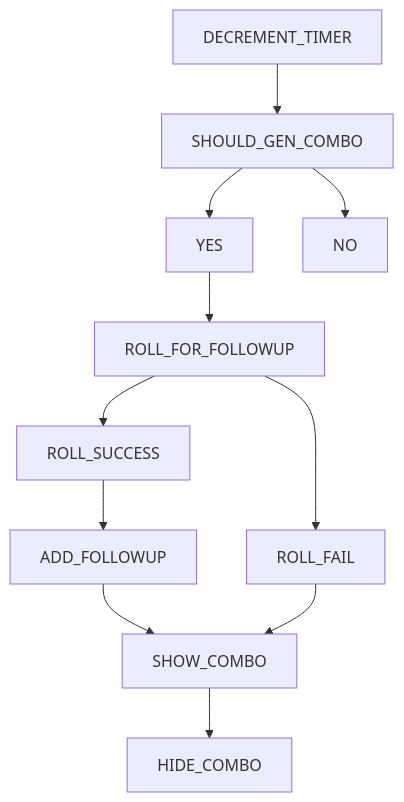
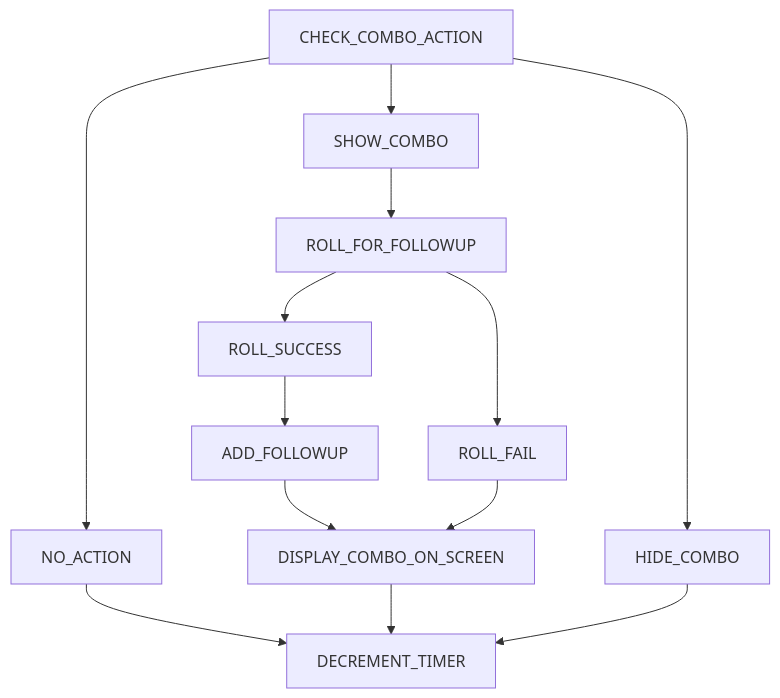
Before and after one commit to ajkizer12112/combo-coach: the fourth of 4 diagrams in README.md, drawn with Mermaid. The commit also changed other lines of this file, not shown here.

````diff
--- a/README.md
+++ b/README.md
@@ -214,13 +218,15 @@
 ```mermaid
 graph TD;
-    DECREMENT_TIMER-->SHOULD_GEN_COMBO;
-    SHOULD_GEN_COMBO-->YES;
-    SHOULD_GEN_COMBO-->NO;
-    YES-->ROLL_FOR_FOLLOWUP;
+    CHECK_COMBO_ACTION-->HIDE_COMBO;
+    CHECK_COMBO_ACTION-->SHOW_COMBO;
+    CHECK_COMBO_ACTION-->NO_ACTION;
+    NO_ACTION-->DECREMENT_TIMER;
+    SHOW_COMBO-->ROLL_FOR_FOLLOWUP;
     ROLL_FOR_FOLLOWUP-->ROLL_SUCCESS;
     ROLL_FOR_FOLLOWUP-->ROLL_FAIL;
     ROLL_SUCCESS-->ADD_FOLLOWUP;
-    ADD_FOLLOWUP-->SHOW_COMBO;
-    ROLL_FAIL-->SHOW_COMBO;
-    SHOW_COMBO-->HIDE_COMBO;
+    ADD_FOLLOWUP-->DISPLAY_COMBO_ON_SCREEN;
+    ROLL_FAIL-->DISPLAY_COMBO_ON_SCREEN;
+    DISPLAY_COMBO_ON_SCREEN-->DECREMENT_TIMER;
+    HIDE_COMBO-->DECREMENT_TIMER;
 ```
````
